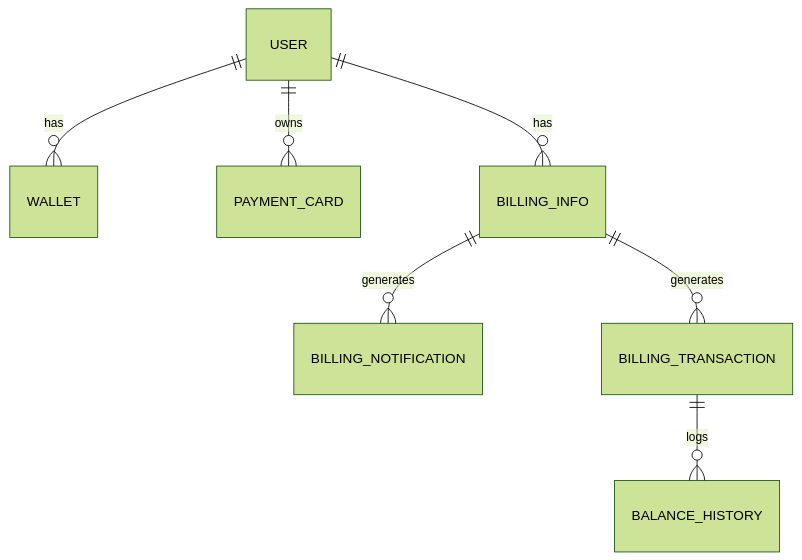
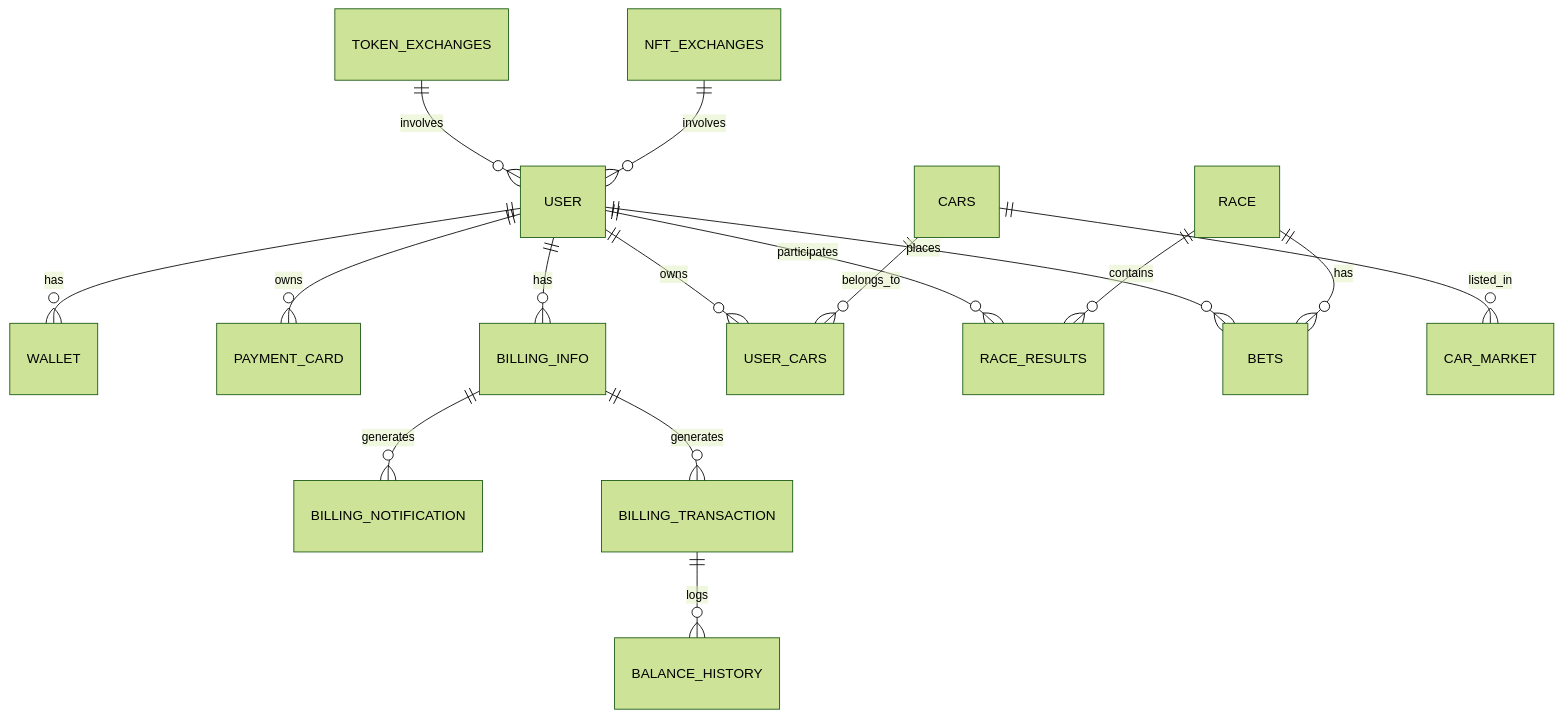
The third of 3 diagrams in README.md (KRis20F/Racing-F1), drawn with Mermaid (forest theme) before and after one commit. The commit also changed other lines of this file and 34 other files, not shown here.

````diff
--- a/README.md
+++ b/README.md
@@ -237,9 +279,18 @@
 ```mermaid
 erDiagram
   USER ||--o{ WALLET : has
   USER ||--o{ PAYMENT_CARD : owns
   USER ||--o{ BILLING_INFO : has
+  USER ||--o{ USER_CARS : owns
+  USER ||--o{ RACE_RESULTS : participates
+  USER ||--o{ BETS : places
   BILLING_INFO ||--o{ BILLING_NOTIFICATION : generates
   BILLING_INFO ||--o{ BILLING_TRANSACTION : generates
   BILLING_TRANSACTION ||--o{ BALANCE_HISTORY : logs
+  CARS ||--o{ USER_CARS : belongs_to
+  CARS ||--o{ CAR_MARKET : listed_in
+  RACE ||--o{ RACE_RESULTS : contains
+  RACE ||--o{ BETS : has
+  TOKEN_EXCHANGES ||--o{ USER : involves
+  NFT_EXCHANGES ||--o{ USER : involves
 ```
````
